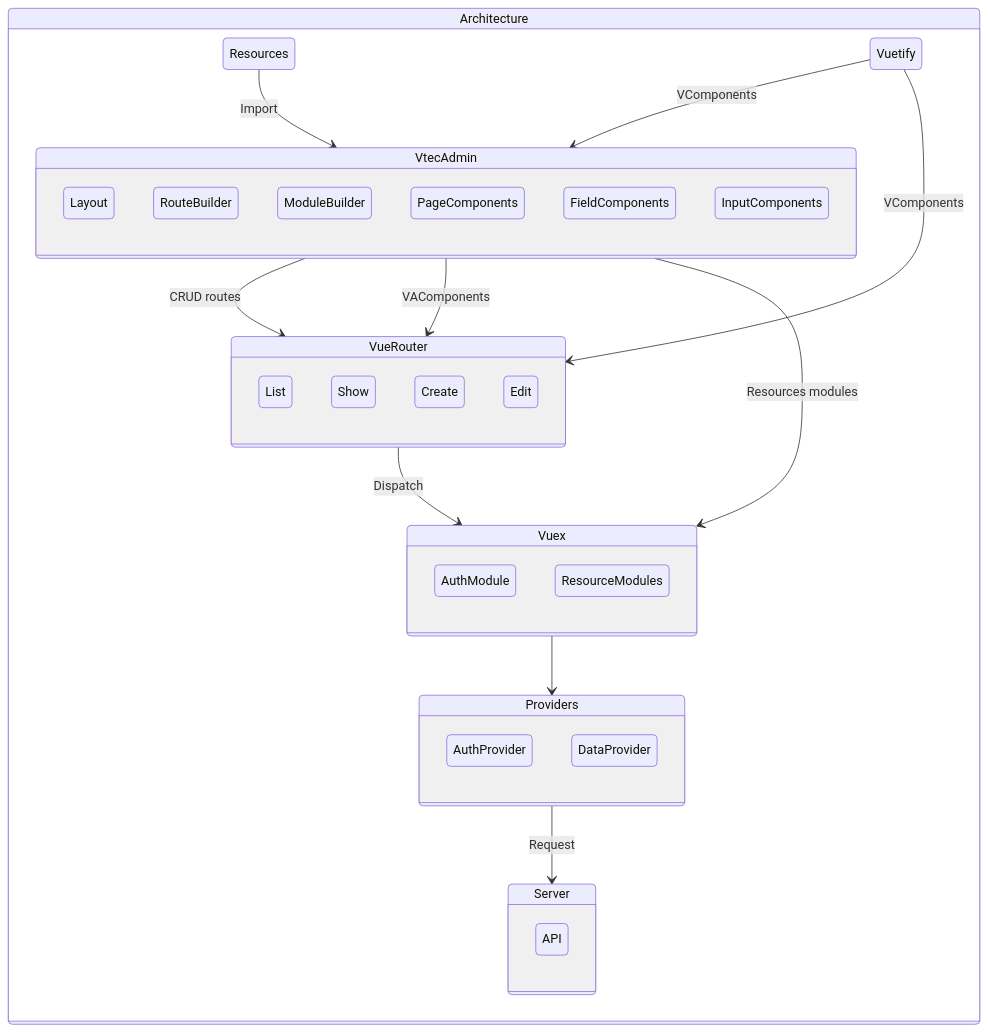
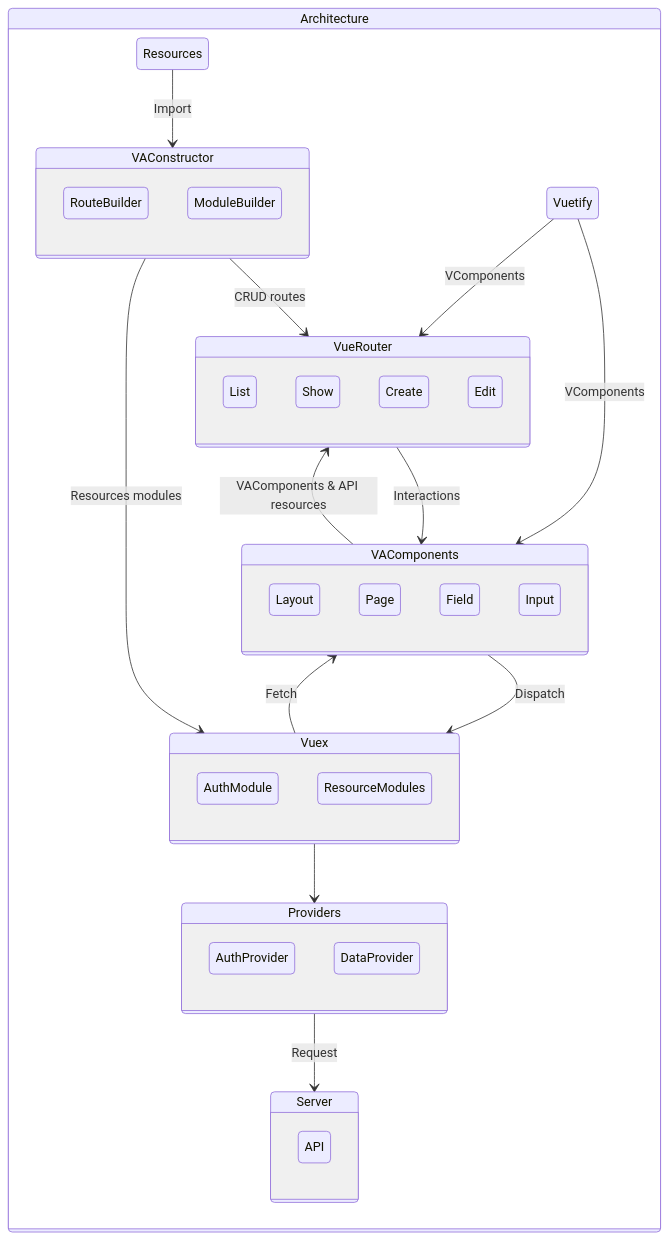
The diagram in packages/docs/docs/.vuepress/public/diagrams/architecture.mmd (okami101/vuetify-admin), drawn with Mermaid before and after one commit. The commit also changed 6 other files, not shown here.

Commit message:
architecture

```diff
--- a/packages/docs/docs/.vuepress/public/diagrams/architecture.mmd
+++ b/packages/docs/docs/.vuepress/public/diagrams/architecture.mmd
@@ -1,37 +1,41 @@
 stateDiagram
   state Architecture {
-    Resources --> VtecAdmin: Import
-    state VtecAdmin {
-      Layout
+    Resources --> VAConstructor: Import
+    state VAConstructor {
       RouteBuilder
       ModuleBuilder
-      PageComponents
-      FieldComponents
-      InputComponents
     }
-    Vuetify --> VtecAdmin: VComponents
+    state VAComponents {
+      Layout
+      Page
+      Field
+      Input
+    }
+    VAConstructor --> VueRouter: CRUD routes
+    VAConstructor --> Vuex: Resources modules
+    VAComponents --> VueRouter: VAComponents & API resources
+    VueRouter --> VAComponents: Interactions
+    Vuetify --> VAComponents: VComponents
     Vuetify --> VueRouter: VComponents
-    VtecAdmin --> VueRouter: CRUD routes
-    VtecAdmin --> VueRouter: VAComponents
-    VtecAdmin --> Vuex: Resources modules
+    VAComponents --> Vuex: Dispatch
+    Vuex --> VAComponents: Fetch
     state VueRouter {
       List
       Show
       Create
       Edit
     }
     state Vuex {
       AuthModule
       ResourceModules
     }
-    VueRouter --> Vuex: Dispatch
     state Providers {
       AuthProvider
       DataProvider
     }
     Vuex --> Providers
     Providers --> Server: Request
     state Server {
       API
     }
   }
```
